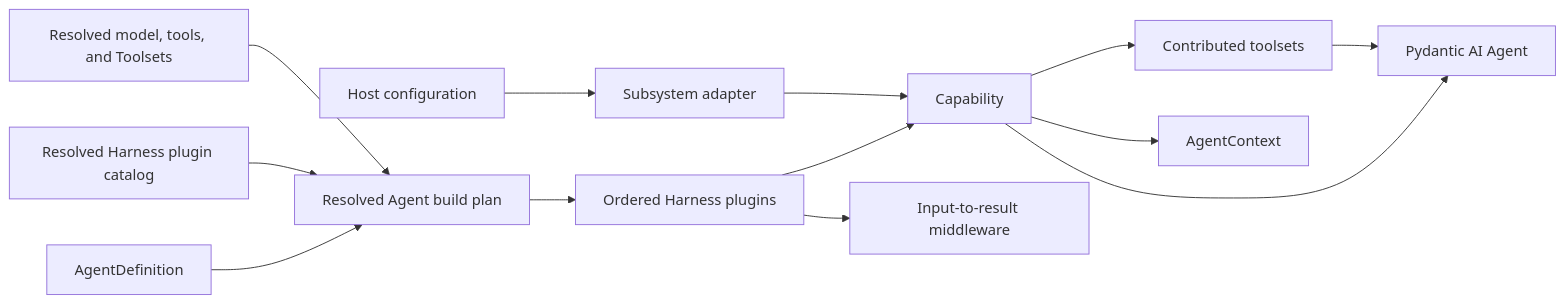
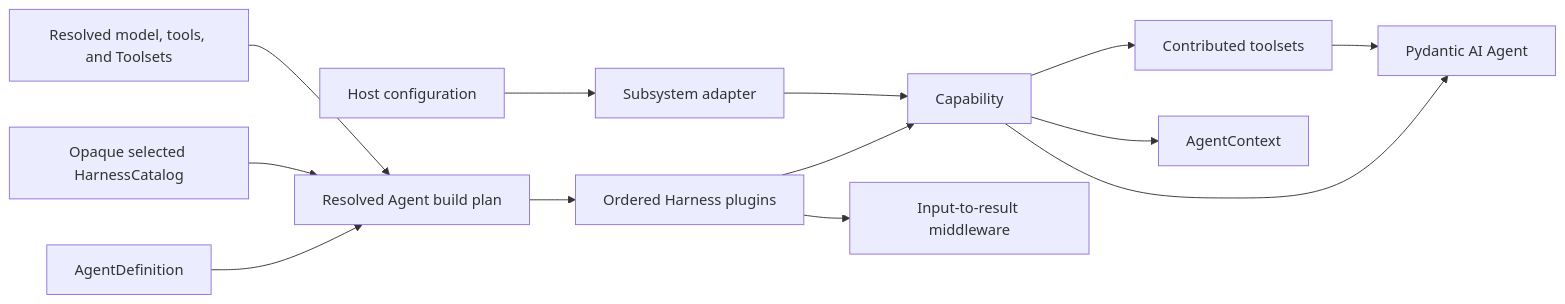
One commit to LTThreeComma/agent-foundation changed the third of 3 diagrams in spec/agent-harness/00-overview.md. Above: the diagram before and after it, drawn with Mermaid. The commit also changed other lines of this file and 19 other files, not shown here.

````diff
--- a/spec/agent-harness/00-overview.md
+++ b/spec/agent-harness/00-overview.md
@@ -138,15 +139,15 @@
 ```mermaid
 flowchart LR
     AgentDefinition --> Plan[Resolved Agent build plan]
-    Catalog[Resolved Harness plugin catalog] --> Plan
+    Catalog[Opaque selected HarnessCatalog] --> Plan
     Native[Resolved model, tools, and Toolsets] --> Plan
     Plan --> Plugin[Ordered Harness plugins]
     Plugin --> Capability
     HostConfig[Host configuration] --> ProviderAdapter[Subsystem adapter]
     Plugin --> RunPath[Input-to-result middleware]
     Capability --> PydanticAgent[Pydantic AI Agent]
     Capability --> Toolset[Contributed toolsets]
     Toolset --> PydanticAgent
     ProviderAdapter --> Capability
     Capability --> AgentContext
 ```
````
